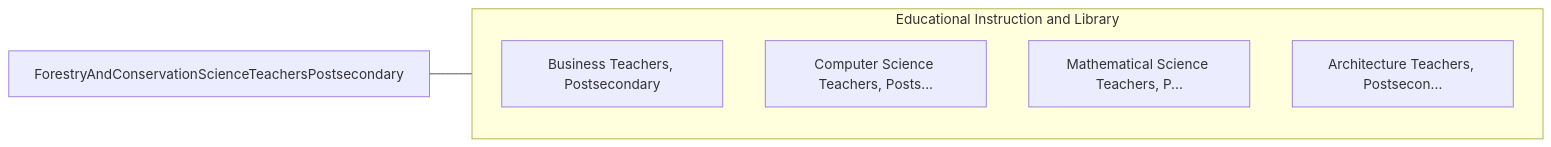
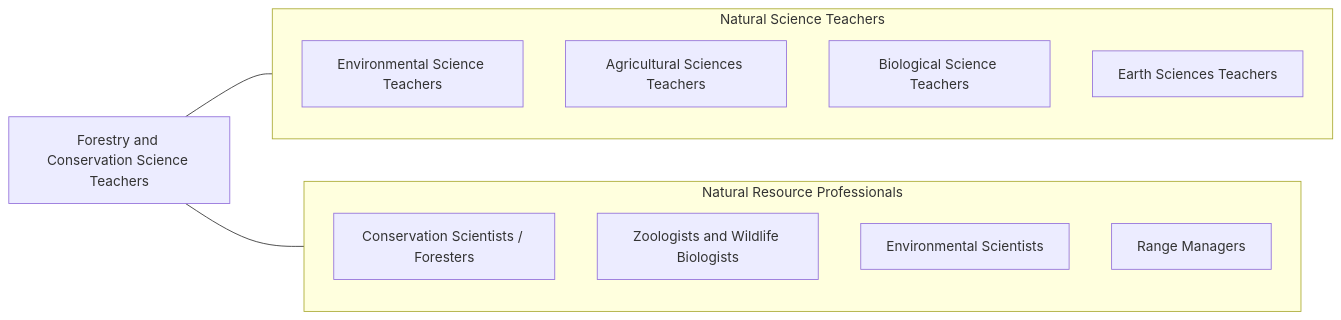
The fourth of 4 diagrams in occupations/Education/ForestryAndConservationScienceTeachersPostsecondary.mdx (kziemski/business.org.ai), drawn with Mermaid before and after one commit. The commit also changed other lines of this file and 938 other files, not shown here.

````diff
--- a/occupations/Education/ForestryAndConservationScienceTeachersPostsecondary.mdx
+++ b/occupations/Education/ForestryAndConservationScienceTeachersPostsecondary.mdx
@@ -92,13 +169,21 @@
 ```mermaid
 graph LR
-    Current["ForestryAndConservationScienceTeachersPostsecondary"]
+    Current["Forestry and Conservation Science Teachers"]
 
-    subgraph SameCategory["Educational Instruction and Library"]
-        BusinessTeachersPost["Business Teachers, Postsecondary"]
-        ComputerScienceTeach["Computer Science Teachers, Posts..."]
-        MathematicalScienceT["Mathematical Science Teachers, P..."]
-        ArchitectureTeachers["Architecture Teachers, Postsecon..."]
+    subgraph SameCategory["Natural Science Teachers"]
+        EnvSci["Environmental Science Teachers"]
+        AgSci["Agricultural Sciences Teachers"]
+        Biology["Biological Science Teachers"]
+        EarthSci["Earth Sciences Teachers"]
+    end
+
+    subgraph CrossFunctional["Natural Resource Professionals"]
+        Foresters["Conservation Scientists / Foresters"]
+        WildlifeBio["Zoologists and Wildlife Biologists"]
+        EnvScientists["Environmental Scientists"]
+        RangeManagers["Range Managers"]
     end
 
     Current --- SameCategory
+    Current --- CrossFunctional
 ```
````
